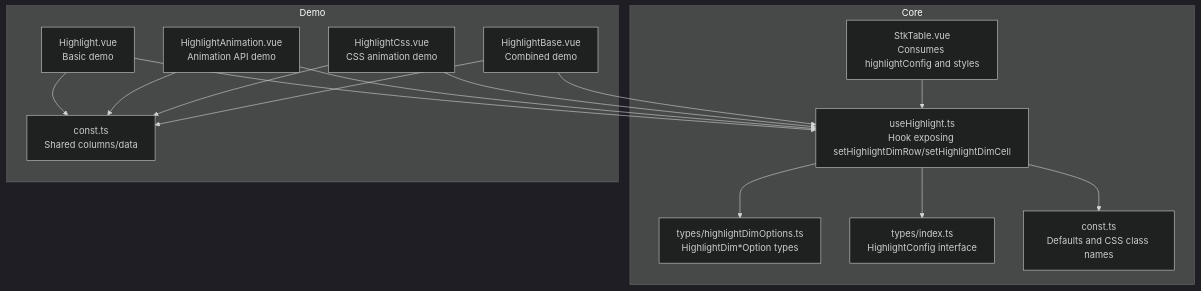
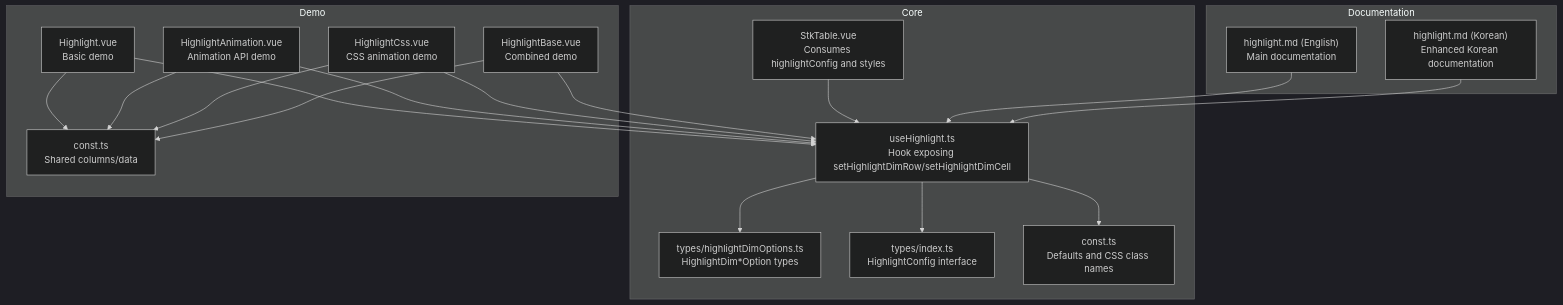
Before and after one commit to ja-plus/stk-table-vue: the first of 4 diagrams in .qoder/repowiki/en/content/Interaction Features/Highlighting System.md, drawn with Mermaid (dark theme). The commit also changed other lines of this file and 9 other files, not shown here.

````diff
--- a/.qoder/repowiki/en/content/Interaction Features/Highlighting System.md
+++ b/.qoder/repowiki/en/content/Interaction Features/Highlighting System.md
@@ -46,29 +57,35 @@
 ```mermaid
 graph TB
 subgraph "Core"
 A["useHighlight.ts<br/>Hook exposing setHighlightDimRow/setHighlightDimCell"]
 B["types/highlightDimOptions.ts<br/>HighlightDim*Option types"]
 C["types/index.ts<br/>HighlightConfig interface"]
 D["const.ts<br/>Defaults and CSS class names"]
 E["StkTable.vue<br/>Consumes highlightConfig and styles"]
 end
 subgraph "Demo"
 F["Highlight.vue<br/>Basic demo"]
 G["HighlightAnimation.vue<br/>Animation API demo"]
 H["HighlightCss.vue<br/>CSS animation demo"]
 I["HighlightBase.vue<br/>Combined demo"]
 J["const.ts<br/>Shared columns/data"]
 end
+subgraph "Documentation"
+K["highlight.md (English)<br/>Main documentation"]
+L["highlight.md (Korean)<br/>Enhanced Korean documentation"]
+end
 A --> B
 A --> C
 A --> D
 E --> A
 F --> A
 G --> A
 H --> A
 I --> A
 F --> J
 G --> J
 H --> J
 I --> J
+K --> A
+L --> A
 ```
````
